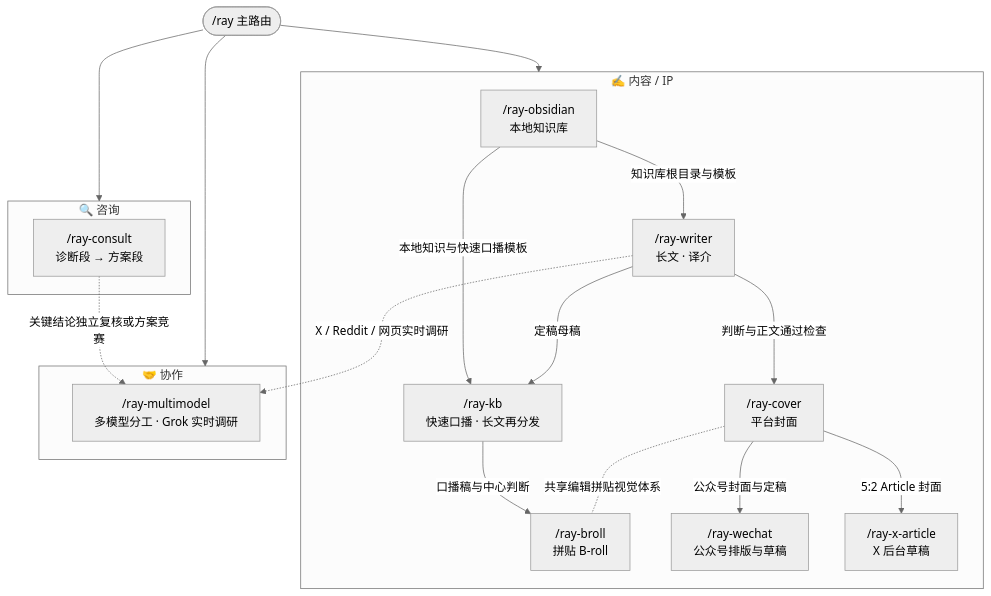
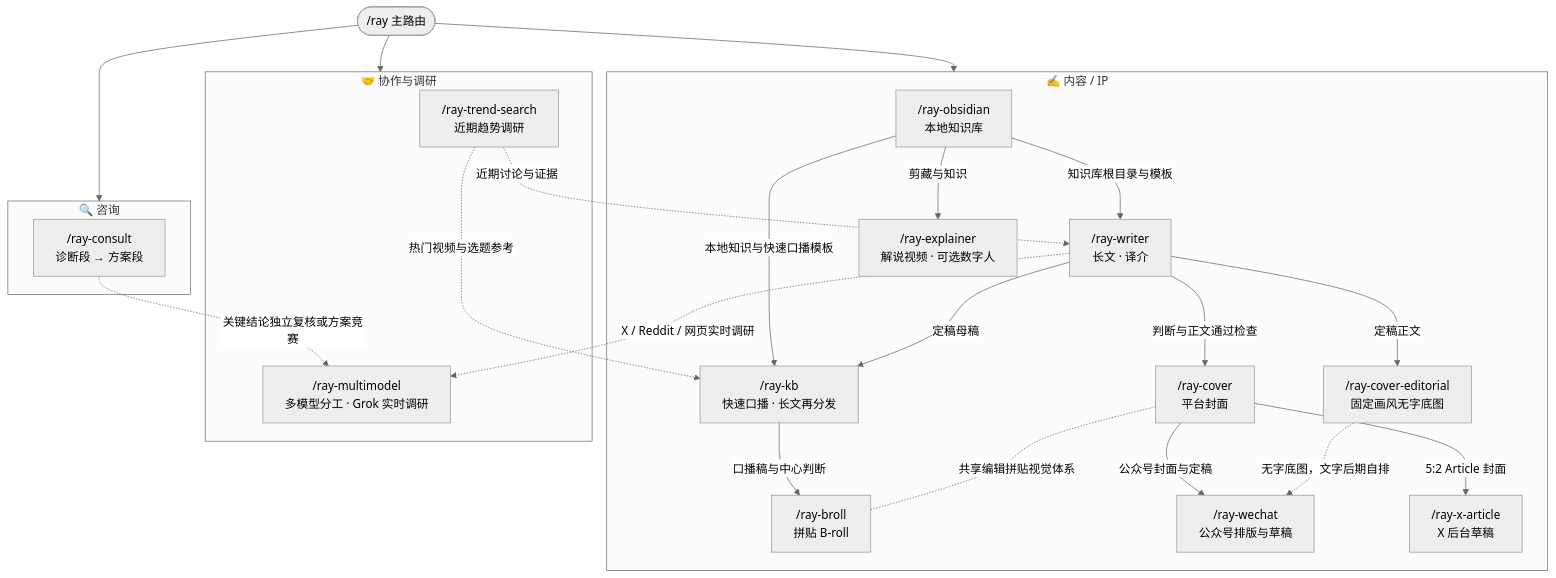
The diagram in docs/skill-link-map.md (imraywang/rayskills), drawn with Mermaid (neutral theme) before and after one commit. The commit also changed other lines of this file and 3 other files, not shown here.

First line of the commit message:
docs: README、关系图、新手入门补齐 13 个 skill，更新 ray-explainer 能力说明

````diff
--- a/docs/skill-link-map.md
+++ b/docs/skill-link-map.md
@@ -5,35 +5,43 @@
 ```mermaid
 flowchart TD
     RAY(["/ray 主路由"])
 
     subgraph CONTENT["✍️ 内容 / IP"]
         OBSIDIAN["/ray-obsidian\n本地知识库"]
         WRITER["/ray-writer\n长文 · 译介"]
         KB["/ray-kb\n快速口播 · 长文再分发"]
         COVER["/ray-cover\n平台封面"]
         BROLL["/ray-broll\n拼贴 B-roll"]
+        EXPLAINER["/ray-explainer\n解说视频 · 可选数字人"]
+        COVERED["/ray-cover-editorial\n固定画风无字底图"]
         WECHAT["/ray-wechat\n公众号排版与草稿"]
         XARTICLE["/ray-x-article\nX 后台草稿"]
     end
     subgraph CONSULT["🔍 咨询"]
         CONSULTSKILL["/ray-consult\n诊断段 → 方案段"]
     end
-    subgraph COLLAB["🤝 协作"]
+    subgraph COLLAB["🤝 协作与调研"]
         MULTI["/ray-multimodel\n多模型分工 · Grok 实时调研"]
+        TREND["/ray-trend-search\n近期趋势调研"]
     end
 
     RAY --> CONTENT & CONSULT & COLLAB
 
     %% 常见衔接
     OBSIDIAN -->|知识库根目录与模板| WRITER
     OBSIDIAN -->|本地知识与快速口播模板| KB
     WRITER -->|判断与正文通过检查| COVER
     WRITER -->|定稿母稿| KB
     KB -->|口播稿与中心判断| BROLL
     COVER -->|公众号封面与定稿| WECHAT
     COVER -->|5:2 Article 封面| XARTICLE
     COVER -.-|共享编辑拼贴视觉体系| BROLL
+    OBSIDIAN -->|剪藏与知识| EXPLAINER
+    WRITER -->|定稿正文| COVERED
+    COVERED -.->|无字底图，文字后期自排| WECHAT
 
     WRITER -.->|X / Reddit / 网页实时调研| MULTI
+    TREND -.->|近期讨论与证据| WRITER
+    TREND -.->|热门视频与选题参考| KB
     CONSULTSKILL -.->|关键结论独立复核或方案竞赛| MULTI
 ```
````
